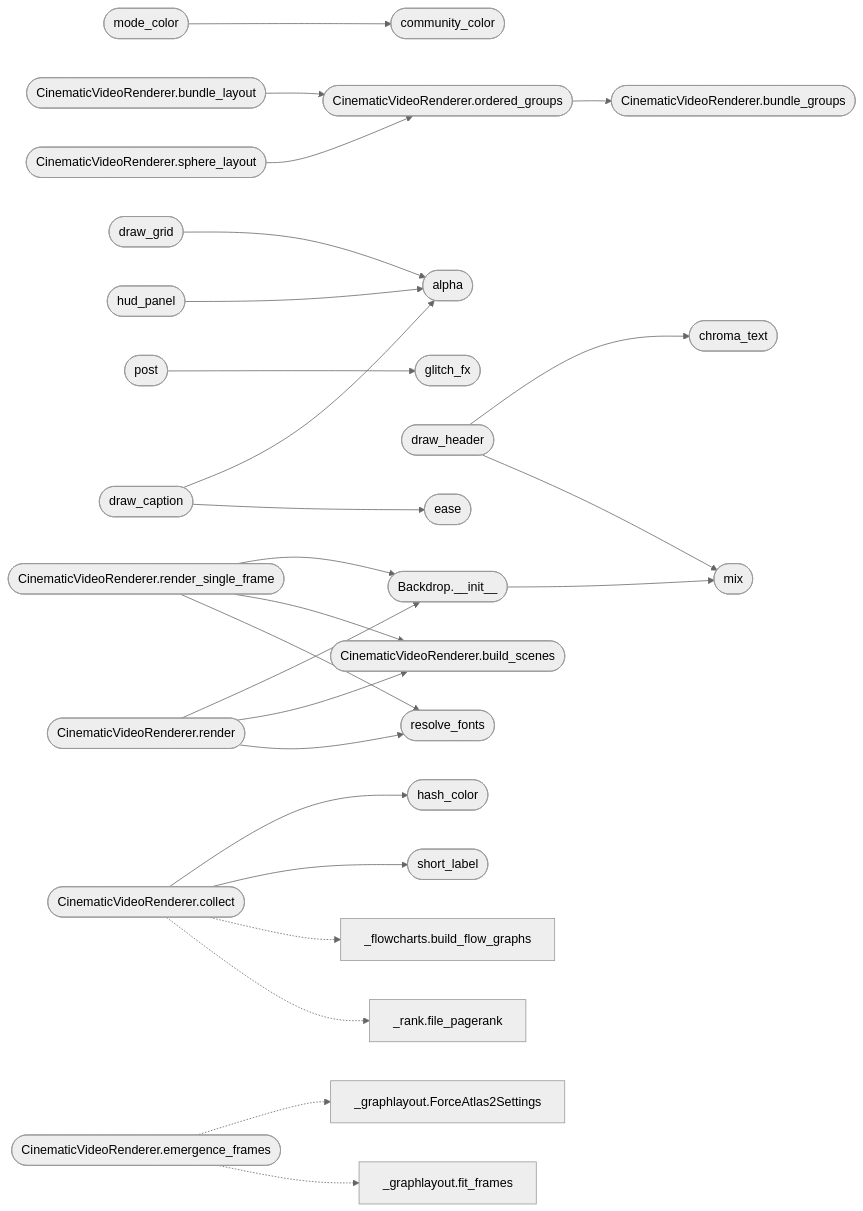
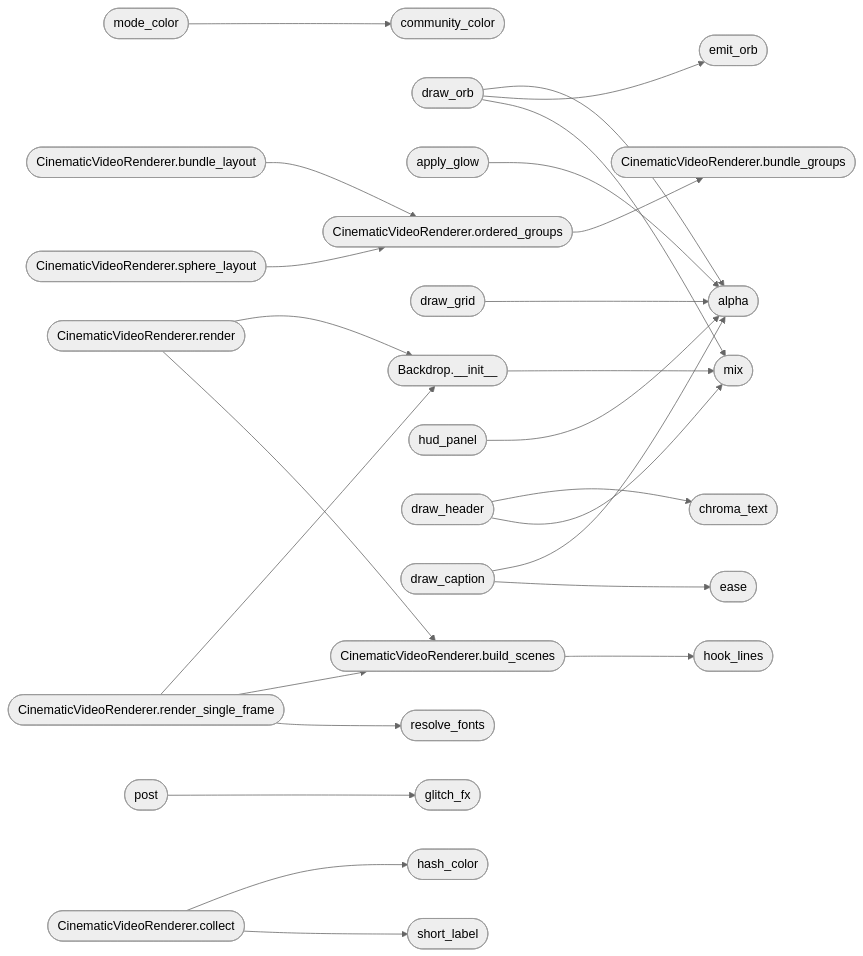
One commit to grisuno/ReadMenator changed the second of 2 diagrams in readmenator-apidocs/modules/readmenator._video.py.md. Above: the diagram before and after it, drawn with Mermaid (neutral theme). The commit also changed other lines of this file and 203 other files, not shown here.

````diff
--- a/readmenator-apidocs/modules/readmenator._video.py.md
+++ b/readmenator-apidocs/modules/readmenator._video.py.md
@@ -53,56 +54,55 @@
 ```mermaid
 flowchart LR
     n_readmenator__video_py__mode_color(["mode_color"])
     n_readmenator__video_py__community_color(["community_color"])
+    n_readmenator__video_py__draw_orb(["draw_orb"])
+    n_readmenator__video_py__alpha(["alpha"])
+    n_readmenator__video_py__emit_orb(["emit_orb"])
+    n_readmenator__video_py__mix(["mix"])
+    n_readmenator__video_py__apply_glow(["apply_glow"])
     n_readmenator__video_py__Backdrop___init__(["Backdrop.__init__"])
-    n_readmenator__video_py__mix(["mix"])
     n_readmenator__video_py__draw_grid(["draw_grid"])
-    n_readmenator__video_py__alpha(["alpha"])
     n_readmenator__video_py__post(["post"])
     n_readmenator__video_py__glitch_fx(["glitch_fx"])
     n_readmenator__video_py__hud_panel(["hud_panel"])
     n_readmenator__video_py__draw_header(["draw_header"])
     n_readmenator__video_py__chroma_text(["chroma_text"])
     n_readmenator__video_py__draw_caption(["draw_caption"])
     n_readmenator__video_py__ease(["ease"])
     n_readmenator__video_py__CinematicVideoRenderer_collect(["CinematicVideoRenderer.collect"])
     n_readmenator__video_py__hash_color(["hash_color"])
     n_readmenator__video_py__short_label(["short_label"])
+    n_readmenator__video_py__CinematicVideoRenderer_build_scenes(["CinematicVideoRenderer.build_scenes"])
+    n_readmenator__video_py__hook_lines(["hook_lines"])
     n_readmenator__video_py__CinematicVideoRenderer_ordered_groups(["CinematicVideoRenderer.ordered_groups"])
     n_readmenator__video_py__CinematicVideoRenderer_bundle_groups(["CinematicVideoRenderer.bundle_groups"])
     n_readmenator__video_py__CinematicVideoRenderer_bundle_layout(["CinematicVideoRenderer.bundle_layout"])
     n_readmenator__video_py__CinematicVideoRenderer_sphere_layout(["CinematicVideoRenderer.sphere_layout"])
     n_readmenator__video_py__CinematicVideoRenderer_render_single_frame(["CinematicVideoRenderer.render_single_frame"])
-    n_readmenator__video_py__CinematicVideoRenderer_build_scenes(["CinematicVideoRenderer.build_scenes"])
     n_readmenator__video_py__resolve_fonts(["resolve_fonts"])
     n_readmenator__video_py__CinematicVideoRenderer_render(["CinematicVideoRenderer.render"])
-    n_readmenator__flowcharts_py__build_flow_graphs["_flowcharts.build_flow_graphs"]
-    n_readmenator__rank_py__file_pagerank["_rank.file_pagerank"]
-    n_readmenator__video_py__CinematicVideoRenderer_emergence_frames(["CinematicVideoRenderer.emergence_frames"])
-    n_readmenator__graphlayout_py__ForceAtlas2Settings["_graphlayout.ForceAtlas2Settings"]
-    n_readmenator__graphlayout_py__fit_frames["_graphlayout.fit_frames"]
     n_readmenator__video_py__mode_color --> n_readmenator__video_py__community_color
+    n_readmenator__video_py__draw_orb --> n_readmenator__video_py__alpha
+    n_readmenator__video_py__draw_orb --> n_readmenator__video_py__emit_orb
+    n_readmenator__video_py__draw_orb --> n_readmenator__video_py__mix
+    n_readmenator__video_py__apply_glow --> n_readmenator__video_py__alpha
     n_readmenator__video_py__Backdrop___init__ --> n_readmenator__video_py__mix
     n_readmenator__video_py__draw_grid --> n_readmenator__video_py__alpha
     n_readmenator__video_py__post --> n_readmenator__video_py__glitch_fx
     n_readmenator__video_py__hud_panel --> n_readmenator__video_py__alpha
     n_readmenator__video_py__draw_header --> n_readmenator__video_py__chroma_text
     n_readmenator__video_py__draw_header --> n_readmenator__video_py__mix
     n_readmenator__video_py__draw_caption --> n_readmenator__video_py__alpha
     n_readmenator__video_py__draw_caption --> n_readmenator__video_py__ease
     n_readmenator__video_py__CinematicVideoRenderer_collect --> n_readmenator__video_py__hash_color
     n_readmenator__video_py__CinematicVideoRenderer_collect --> n_readmenator__video_py__short_label
+    n_readmenator__video_py__CinematicVideoRenderer_build_scenes --> n_readmenator__video_py__hook_lines
     n_readmenator__video_py__CinematicVideoRenderer_ordered_groups --> n_readmenator__video_py__CinematicVideoRenderer_bundle_groups
     n_readmenator__video_py__CinematicVideoRenderer_bundle_layout --> n_readmenator__video_py__CinematicVideoRenderer_ordered_groups
     n_readmenator__video_py__CinematicVideoRenderer_sphere_layout --> n_readmenator__video_py__CinematicVideoRenderer_ordered_groups
     n_readmenator__video_py__CinematicVideoRenderer_render_single_frame --> n_readmenator__video_py__Backdrop___init__
     n_readmenator__video_py__CinematicVideoRenderer_render_single_frame --> n_readmenator__video_py__CinematicVideoRenderer_build_scenes
     n_readmenator__video_py__CinematicVideoRenderer_render_single_frame --> n_readmenator__video_py__resolve_fonts
     n_readmenator__video_py__CinematicVideoRenderer_render --> n_readmenator__video_py__Backdrop___init__
     n_readmenator__video_py__CinematicVideoRenderer_render --> n_readmenator__video_py__CinematicVideoRenderer_build_scenes
-    n_readmenator__video_py__CinematicVideoRenderer_render --> n_readmenator__video_py__resolve_fonts
-    n_readmenator__video_py__CinematicVideoRenderer_collect -.-> n_readmenator__flowcharts_py__build_flow_graphs
-    n_readmenator__video_py__CinematicVideoRenderer_collect -.-> n_readmenator__rank_py__file_pagerank
-    n_readmenator__video_py__CinematicVideoRenderer_emergence_frames -.-> n_readmenator__graphlayout_py__ForceAtlas2Settings
-    n_readmenator__video_py__CinematicVideoRenderer_emergence_frames -.-> n_readmenator__graphlayout_py__fit_frames
 ```
````
